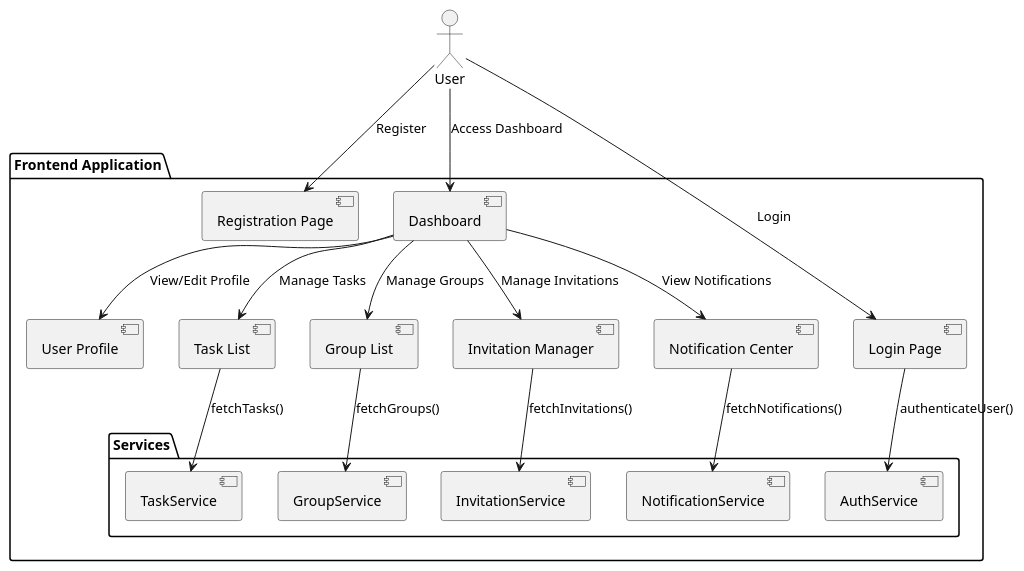
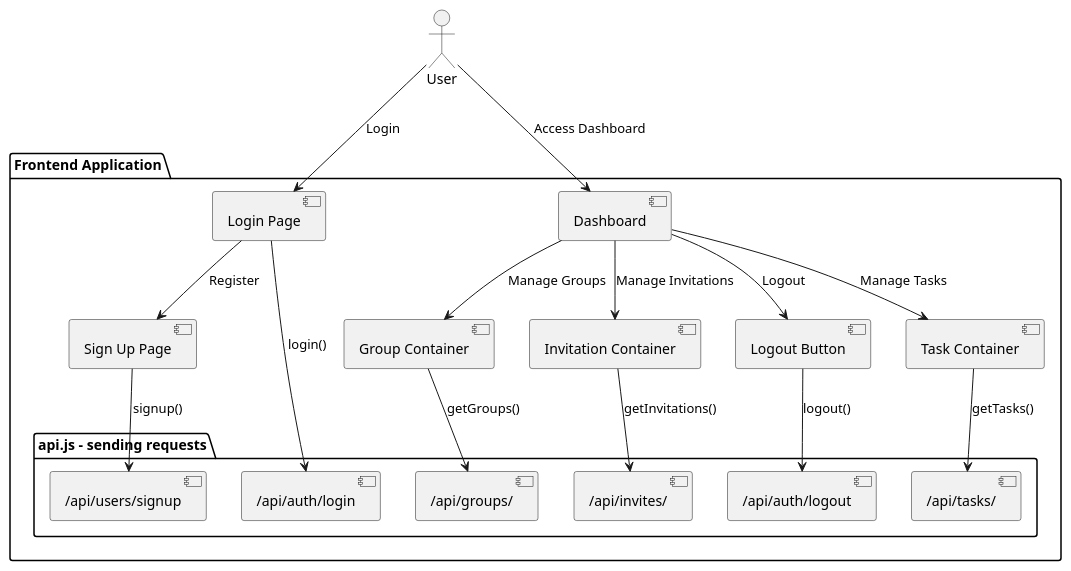
Before and after one commit to OmerEgeOzyaba/CSCI3100-project: the diagram in documentation/Design_Implementation/frontend_uml.puml, drawn with PlantUML. The commit also changed 2 other files, not shown here.

```diff
--- a/documentation/Design_Implementation/frontend_uml.puml
+++ b/documentation/Design_Implementation/frontend_uml.puml
@@ -1,46 +1,46 @@
 @startuml
 actor "User" as user
 
 package "Frontend Application" {
 
   ' UI Screens
   component "Login Page" as LoginPage
-  component "Registration Page" as RegistrationPage
+  component "Sign Up Page" as RegistrationPage
   component "Dashboard" as Dashboard
   
   ' Dashboard Sub-Components
-  component "User Profile" as UserProfile
-  component "Task List" as TaskList
-  component "Group List" as GroupList
-  component "Invitation Manager" as InvitationManager
-  component "Notification Center" as NotificationCenter
+  component "Logout Button" as UserProfile
+  component "Task Container" as TaskList
+  component "Group Container" as GroupList
+  component "Invitation Container" as InvitationManager
   
   ' Frontend Service Layer (handles API calls to backend)
-  package "Services" {
-    component "AuthService" as FEAuthService
-    component "TaskService" as FETaskService
-    component "GroupService" as FEGroupService
-    component "InvitationService" as FEInvitationService
-    component "NotificationService" as FENotificationService
+  package "api.js - sending requests" {
+    component "/api/auth/login" as FEAuthService
+    component "/api/auth/logout" as FEAuthServiceLogout
+    component "/api/tasks/" as FETaskService
+    component "/api/groups/" as FEGroupService
+    component "/api/invites/" as FEInvitationService
+    component "/api/users/signup" as SignUpService
   }
 }
 
 ' User interactions with pages
 user --> LoginPage : "Login"
-user --> RegistrationPage : "Register"
+LoginPage --> RegistrationPage : "Register"
 user --> Dashboard : "Access Dashboard"
 
 ' Dashboard routing to various components
-Dashboard --> UserProfile : "View/Edit Profile"
+Dashboard --> UserProfile : "Logout"
 Dashboard --> TaskList : "Manage Tasks"
 Dashboard --> GroupList : "Manage Groups"
 Dashboard --> InvitationManager : "Manage Invitations"
-Dashboard --> NotificationCenter : "View Notifications"
 
 ' UI components calling frontend services for data/API interactions
-LoginPage --> FEAuthService : "authenticateUser()"
-TaskList --> FETaskService : "fetchTasks()"
-GroupList --> FEGroupService : "fetchGroups()"
-InvitationManager --> FEInvitationService : "fetchInvitations()"
-NotificationCenter --> FENotificationService : "fetchNotifications()"
+LoginPage --> FEAuthService : "login()"
+UserProfile --> FEAuthServiceLogout : "logout()"
+RegistrationPage --> SignUpService : "signup()"
+TaskList --> FETaskService : "getTasks()"
+GroupList --> FEGroupService : "getGroups()"
+InvitationManager --> FEInvitationService : "getInvitations()"
 @enduml
```
